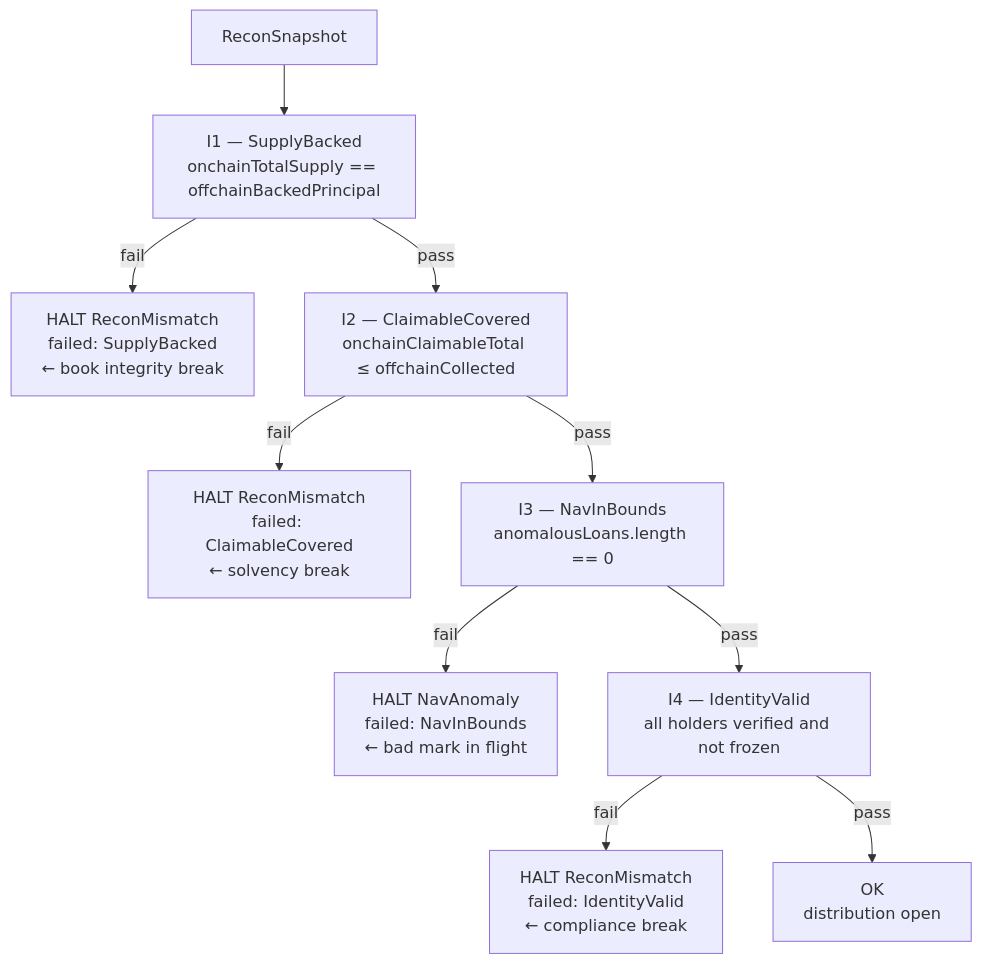
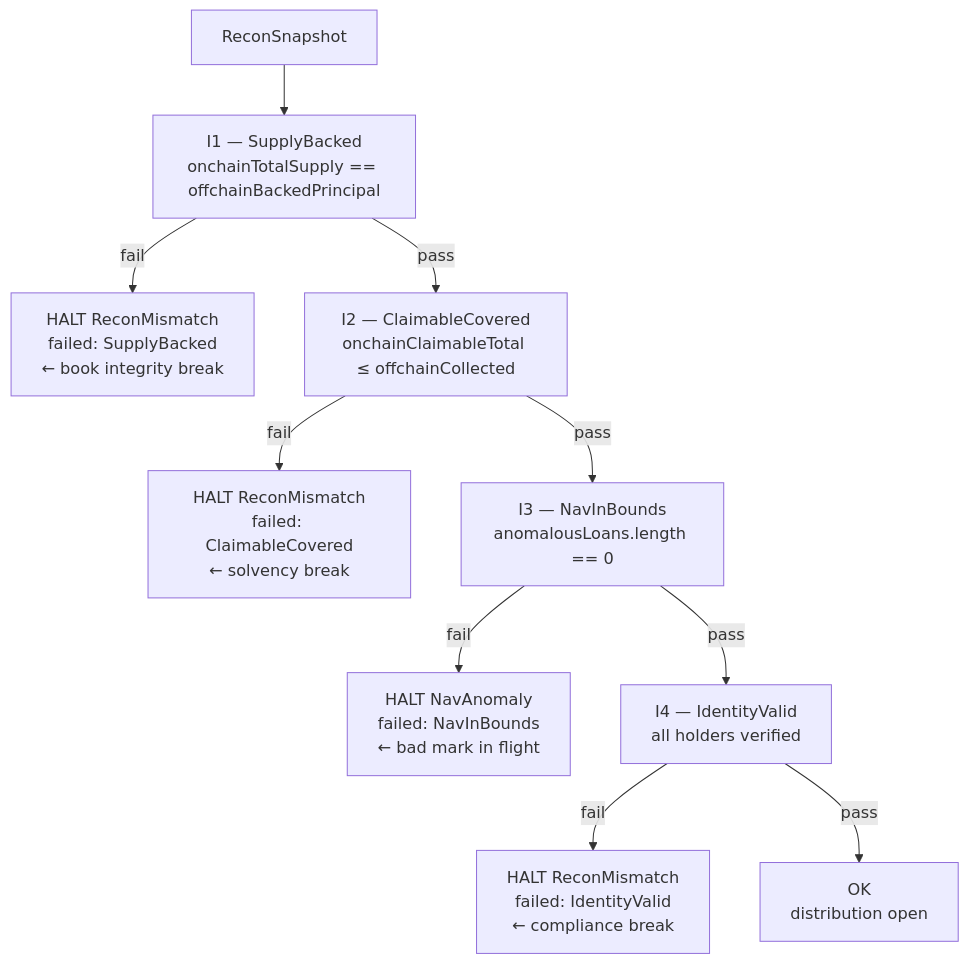
One commit to xbt-a4224j/permissioned-credit-ledger changed the tenth of 13 diagrams in docs/architecture/DESIGN.md. Above: the diagram before and after it, drawn with Mermaid. The commit also changed other lines of this file and 69 other files, not shown here.

````diff
--- a/docs/architecture/DESIGN.md
+++ b/docs/architecture/DESIGN.md
@@ -605,20 +542,20 @@
 ```mermaid
 flowchart TD
     S[ReconSnapshot] --> I1
 
     I1["I1 — SupplyBacked\nonchainTotalSupply == offchainBackedPrincipal"]
     I1 -- fail --> H1["HALT ReconMismatch\nfailed: SupplyBacked\n← book integrity break"]
     I1 -- pass --> I2
 
     I2["I2 — ClaimableCovered\nonchainClaimableTotal ≤ offchainCollected"]
     I2 -- fail --> H2["HALT ReconMismatch\nfailed: ClaimableCovered\n← solvency break"]
     I2 -- pass --> I3
 
     I3["I3 — NavInBounds\nanomalousLoans.length == 0"]
     I3 -- fail --> H3["HALT NavAnomaly\nfailed: NavInBounds\n← bad mark in flight"]
     I3 -- pass --> I4
 
-    I4["I4 — IdentityValid\nall holders verified and not frozen"]
+    I4["I4 — IdentityValid\nall holders verified"]
     I4 -- fail --> H4["HALT ReconMismatch\nfailed: IdentityValid\n← compliance break"]
     I4 -- pass --> OK["OK\ndistribution open"]
 ```
````
